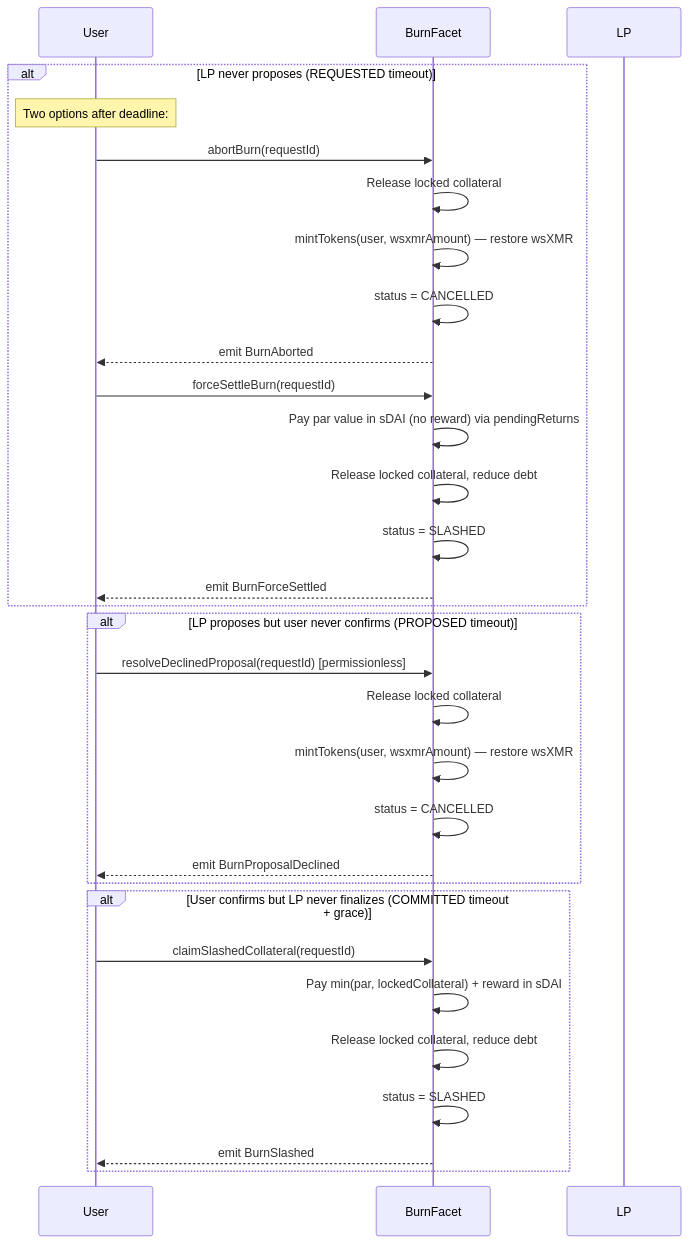
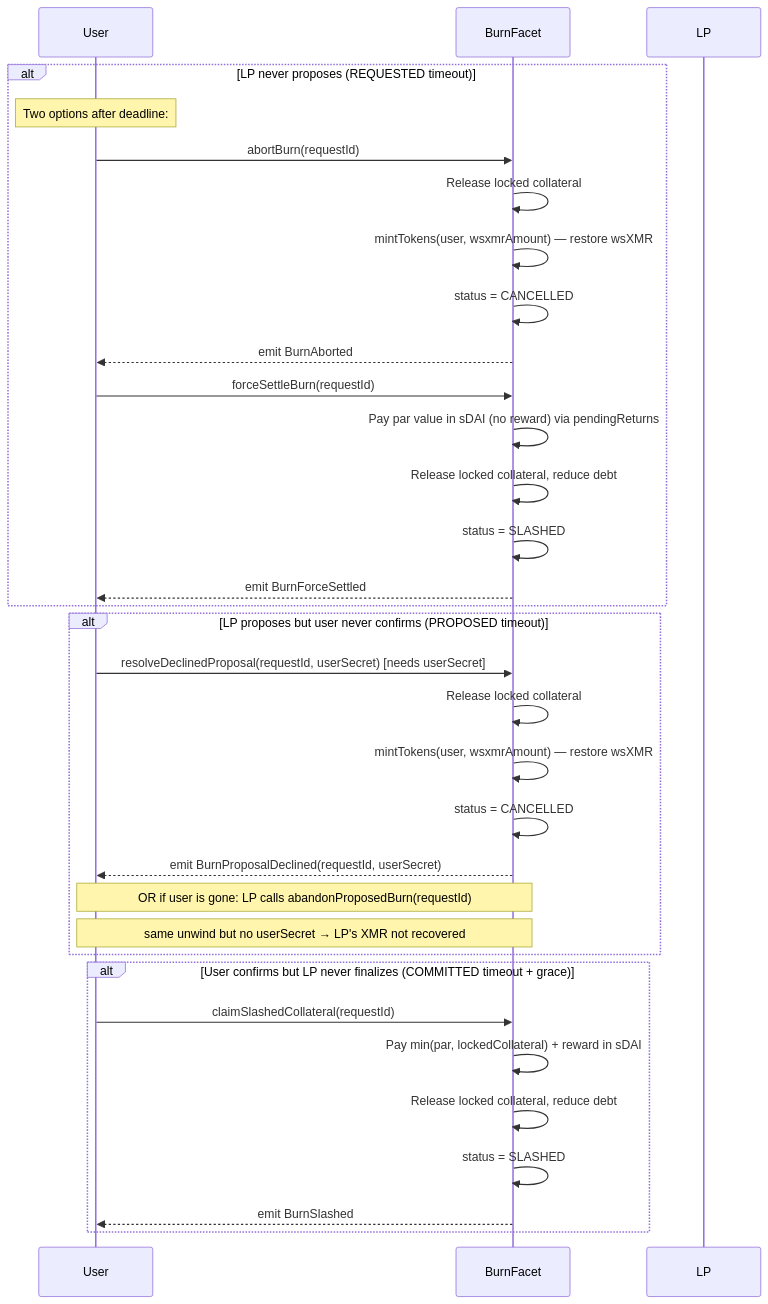
One commit to madschristensen99/wrapsynth changed diagram 23 of 27 in docs/sequenceDiagrams.md. Above: the diagram before and after it, drawn with Mermaid. The commit also changed other lines of this file and 36 other files, not shown here.

````diff
--- a/docs/sequenceDiagrams.md
+++ b/docs/sequenceDiagrams.md
@@ -1124,38 +1157,40 @@
 ```mermaid
 sequenceDiagram
     participant User
     participant Burn as BurnFacet
     participant LP
 
     alt LP never proposes (REQUESTED timeout)
         Note over User: Two options after deadline:
 
         User->>Burn: abortBurn(requestId)
         Burn->>Burn: Release locked collateral
         Burn->>Burn: mintTokens(user, wsxmrAmount) — restore wsXMR
         Burn->>Burn: status = CANCELLED
         Burn-->>User: emit BurnAborted
 
         User->>Burn: forceSettleBurn(requestId)
         Burn->>Burn: Pay par value in sDAI (no reward) via pendingReturns
         Burn->>Burn: Release locked collateral, reduce debt
         Burn->>Burn: status = SLASHED
         Burn-->>User: emit BurnForceSettled
     end
 
     alt LP proposes but user never confirms (PROPOSED timeout)
-        User->>Burn: resolveDeclinedProposal(requestId) [permissionless]
+        User->>Burn: resolveDeclinedProposal(requestId, userSecret) [needs userSecret]
         Burn->>Burn: Release locked collateral
         Burn->>Burn: mintTokens(user, wsxmrAmount) — restore wsXMR
         Burn->>Burn: status = CANCELLED
-        Burn-->>User: emit BurnProposalDeclined
+        Burn-->>User: emit BurnProposalDeclined(requestId, userSecret)
+        Note over User,Burn: OR if user is gone: LP calls abandonProposedBurn(requestId)
+        Note over User,Burn: same unwind but no userSecret → LP's XMR not recovered
     end
 
     alt User confirms but LP never finalizes (COMMITTED timeout + grace)
         User->>Burn: claimSlashedCollateral(requestId)
         Burn->>Burn: Pay min(par, lockedCollateral) + reward in sDAI
         Burn->>Burn: Release locked collateral, reduce debt
         Burn->>Burn: status = SLASHED
         Burn-->>User: emit BurnSlashed
     end
 ```
````
